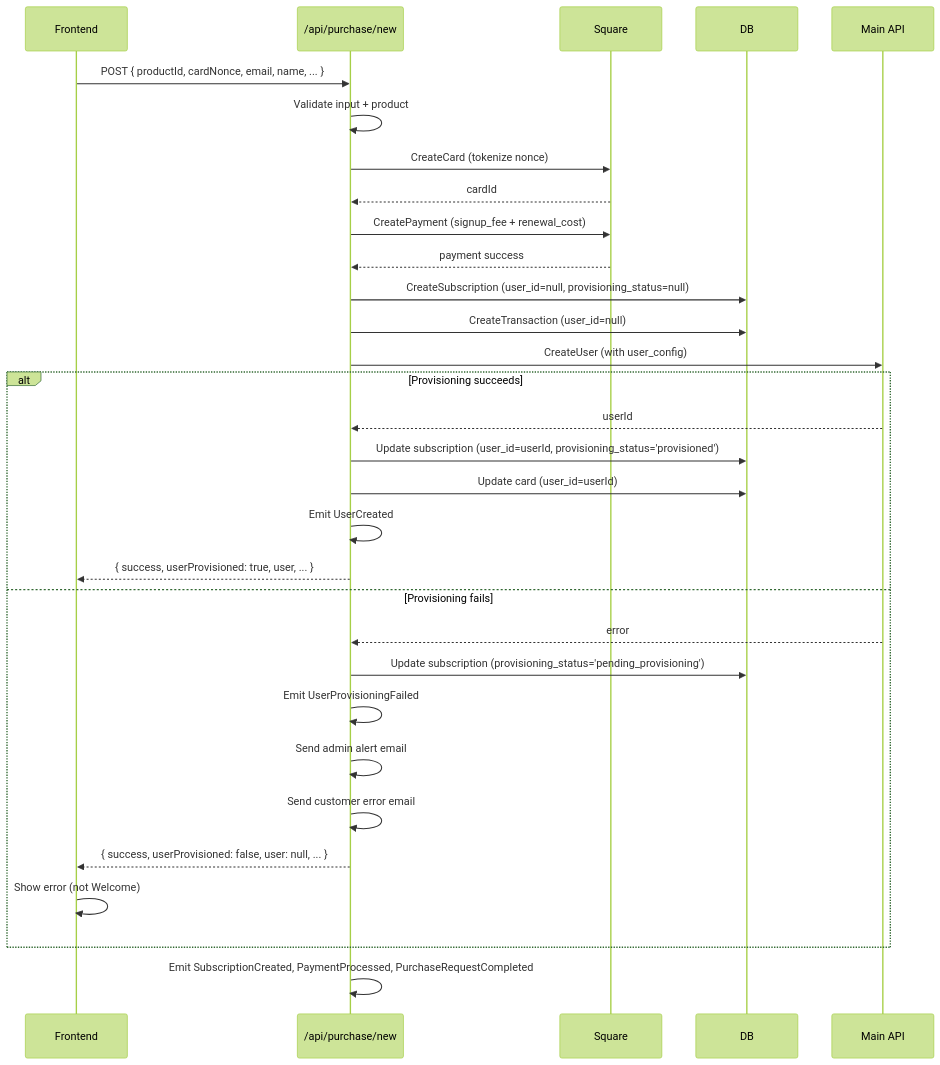
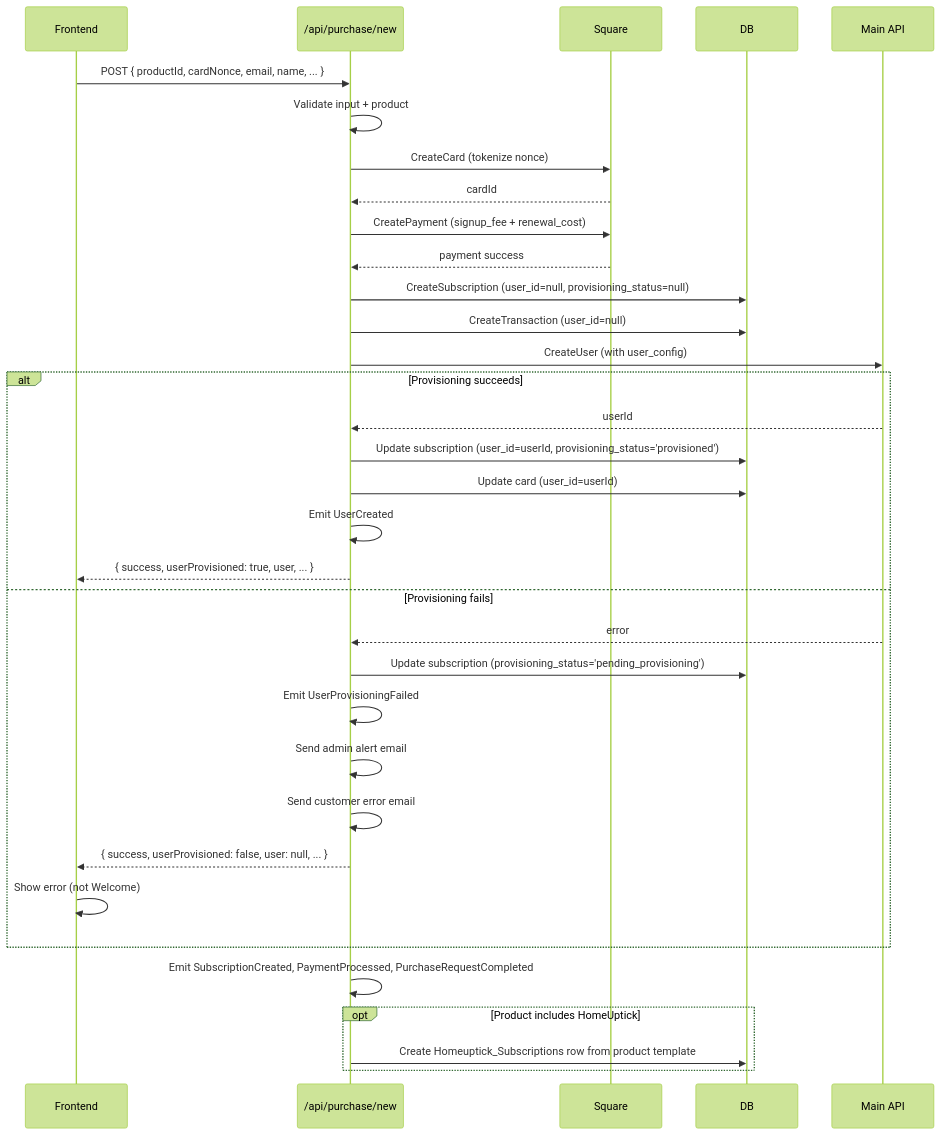
One commit to DBMGrow/cashoffers-billing changed the first of 3 diagrams in docs/system/data-flows/purchase-flow.md. Above: the diagram before and after it, drawn with Mermaid (forest theme). The commit also changed other lines of this file and 39 other files, not shown here.

First line of the commit message:
feat: Enhance CLI tools and documentation for HomeUptick integration

````diff
--- a/docs/system/data-flows/purchase-flow.md
+++ b/docs/system/data-flows/purchase-flow.md
@@ -9,34 +9,37 @@
 ```mermaid
 sequenceDiagram
   participant FE as Frontend
   participant API as /api/purchase/new
   participant Square
   participant DB
   participant MainAPI as Main API
 
   FE->>API: POST { productId, cardNonce, email, name, ... }
   API->>API: Validate input + product
   API->>Square: CreateCard (tokenize nonce)
   Square-->>API: cardId
   API->>Square: CreatePayment (signup_fee + renewal_cost)
   Square-->>API: payment success
   API->>DB: CreateSubscription (user_id=null, provisioning_status=null)
   API->>DB: CreateTransaction (user_id=null)
   API->>MainAPI: CreateUser (with user_config)
   alt Provisioning succeeds
     MainAPI-->>API: userId
     API->>DB: Update subscription (user_id=userId, provisioning_status='provisioned')
     API->>DB: Update card (user_id=userId)
     API->>API: Emit UserCreated
     API-->>FE: { success, userProvisioned: true, user, ... }
   else Provisioning fails
     MainAPI-->>API: error
     API->>DB: Update subscription (provisioning_status='pending_provisioning')
     API->>API: Emit UserProvisioningFailed
     API->>API: Send admin alert email
     API->>API: Send customer error email
     API-->>FE: { success, userProvisioned: false, user: null, ... }
     FE->>FE: Show error (not Welcome)
   end
   API->>API: Emit SubscriptionCreated, PaymentProcessed, PurchaseRequestCompleted
+  opt Product includes HomeUptick
+    API->>DB: Create Homeuptick_Subscriptions row from product template
+  end
 ```
````
